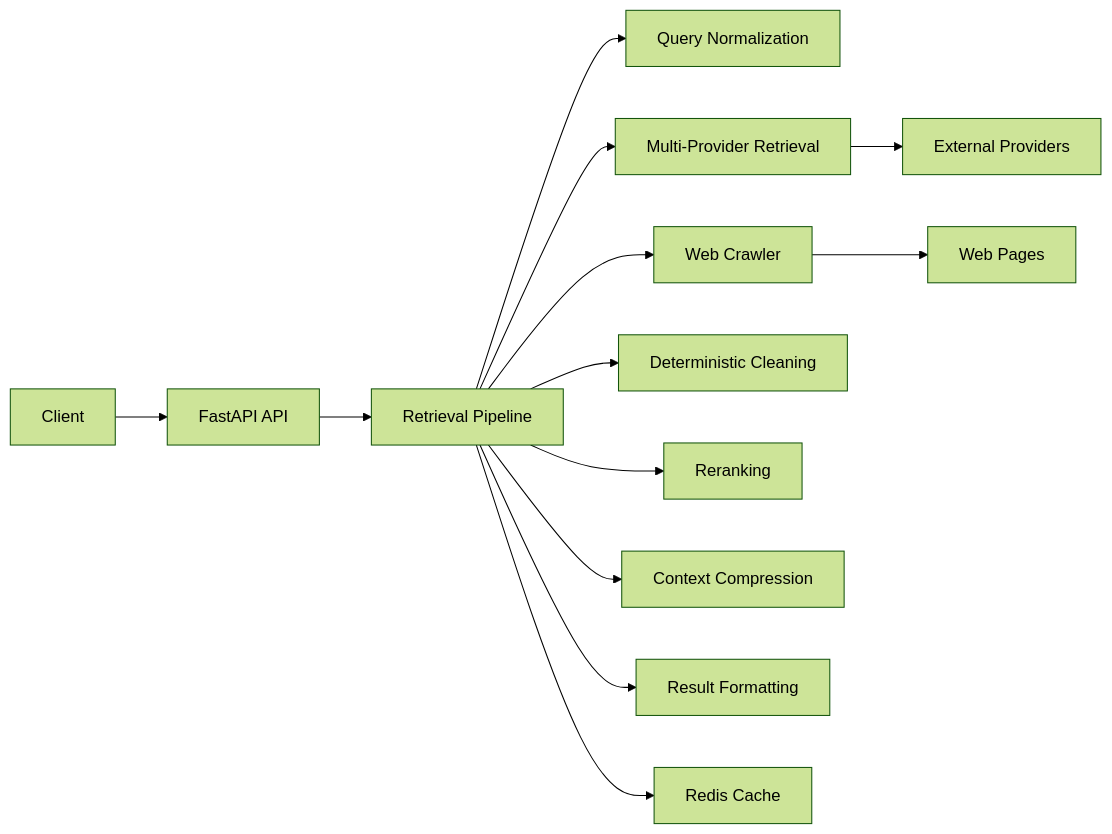
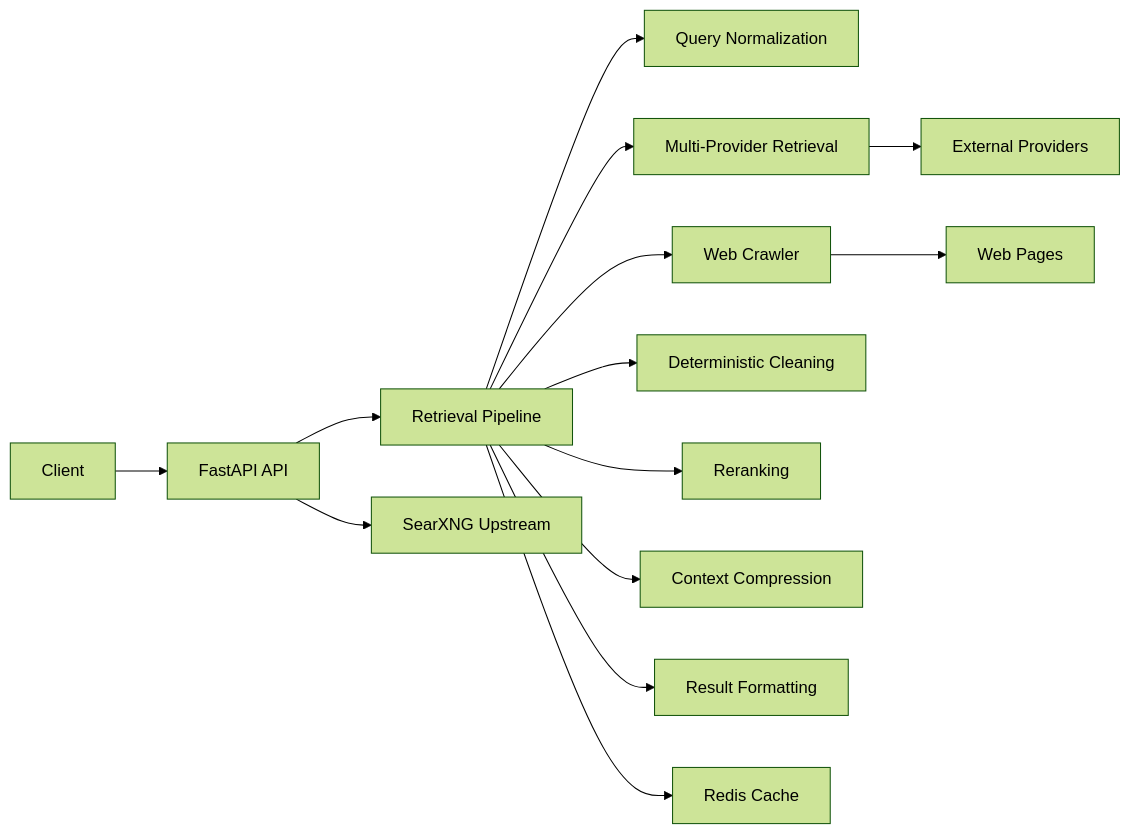
One commit to RHarish1/quarry changed the diagram in README.md. Above: the diagram before and after it, drawn with Mermaid (forest theme). The commit also changed other lines of this file and 10 other files, not shown here.

Commit message:
feat(search): integrate SearXNG with Docker and API documentation

````diff
--- a/README.md
+++ b/README.md
@@ -7,15 +7,16 @@
 ```mermaid
 flowchart LR
   Client[Client] --> API[FastAPI API]
   API --> Pipeline[Retrieval Pipeline]
   Pipeline --> Query[Query Normalization]
   Pipeline --> Retrieval[Multi-Provider Retrieval]
   Pipeline --> Crawler[Web Crawler]
   Pipeline --> Cleaning[Deterministic Cleaning]
   Pipeline --> Ranking[Reranking]
   Pipeline --> Compression[Context Compression]
   Pipeline --> Formatting[Result Formatting]
   Pipeline --> Cache[Redis Cache]
+   API --> SearXNG[SearXNG Upstream]
   Retrieval --> Providers[External Providers]
   Crawler --> Web[Web Pages]
 ```
````
